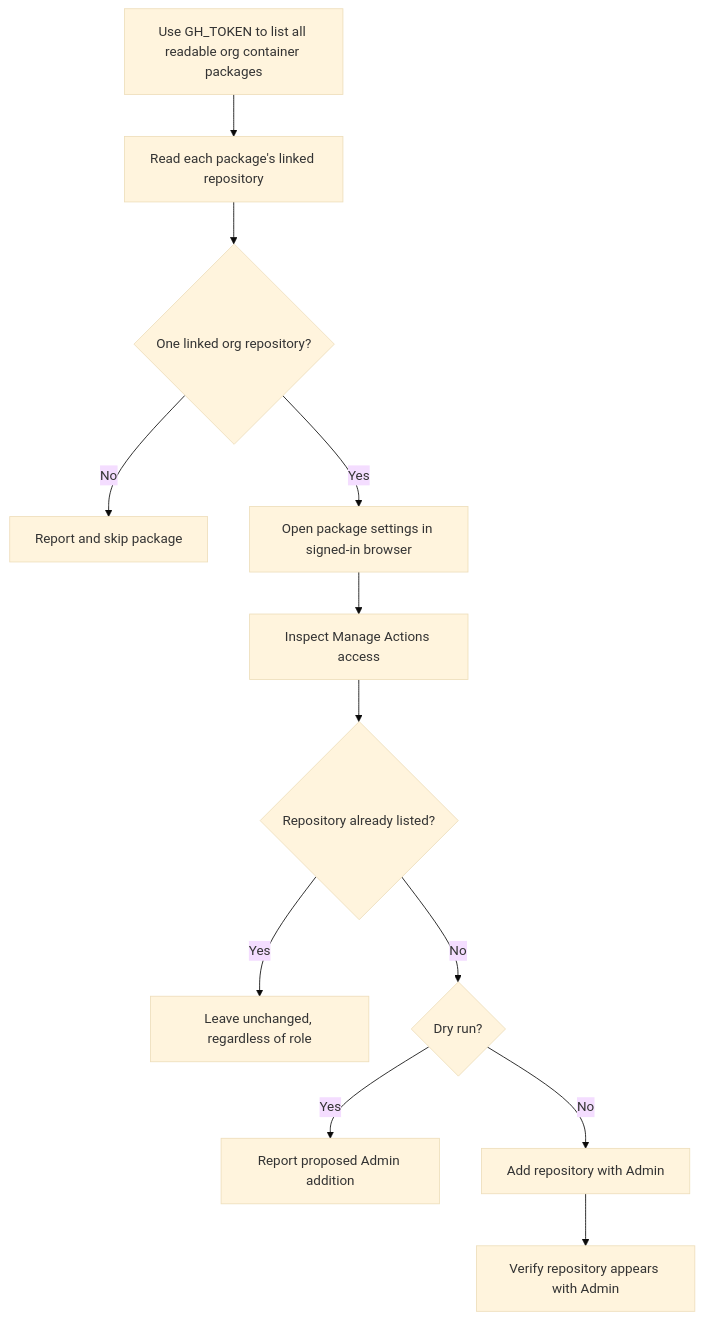
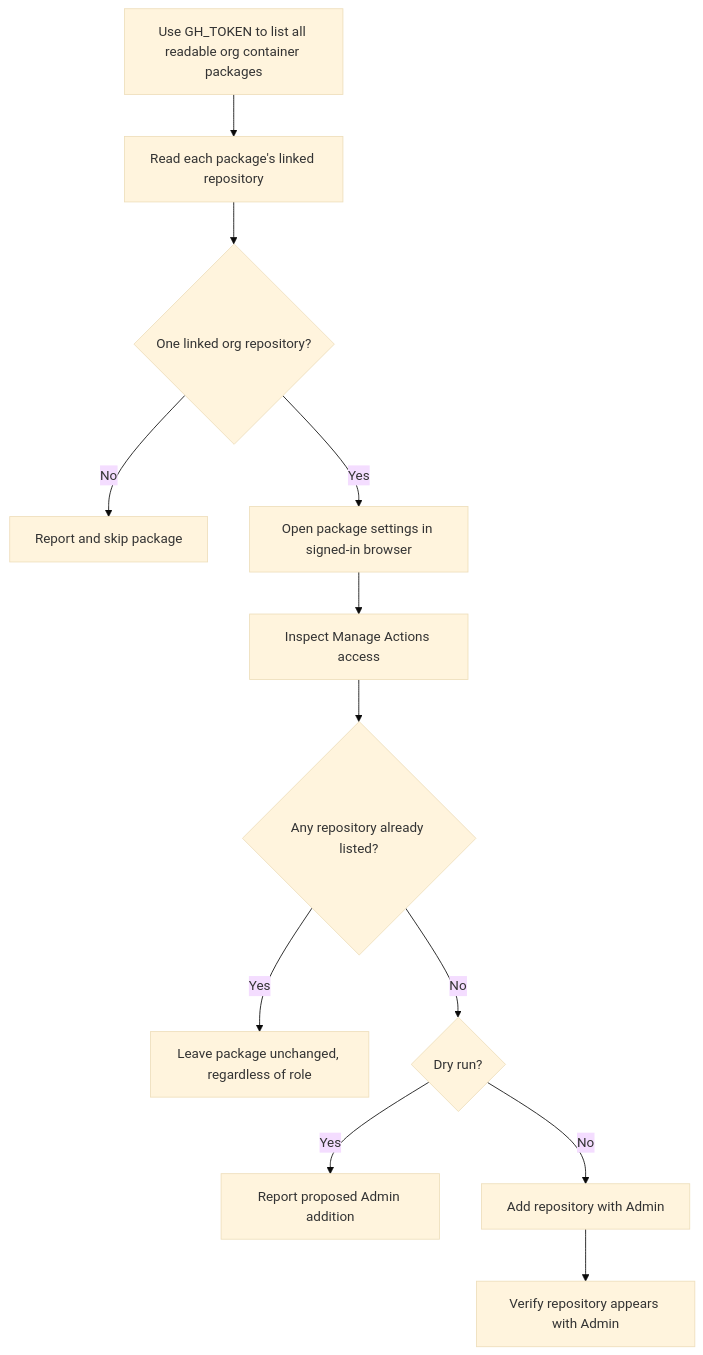
The diagram in github/packages-inheritance/README.md (renan-alm/helper-scripts), drawn with Mermaid (base theme) before and after one commit. The commit also changed other lines of this file and 2 other files, not shown here.

````diff
--- a/github/packages-inheritance/README.md
+++ b/github/packages-inheritance/README.md
@@ -20,14 +20,14 @@
 ```mermaid
 flowchart TD
 	A[Use GH_TOKEN to list all readable org container packages] --> B[Read each package's linked repository]
 	B --> C{One linked org repository?}
 	C -- No --> S[Report and skip package]
 	C -- Yes --> D[Open package settings in signed-in browser]
 	D --> E[Inspect Manage Actions access]
-	E --> F{Repository already listed?}
-	F -- Yes --> G[Leave unchanged, regardless of role]
+	E --> F{Any repository already listed?}
+	F -- Yes --> G[Leave package unchanged, regardless of role]
 	F -- No --> H{Dry run?}
 	H -- Yes --> I[Report proposed Admin addition]
 	H -- No --> J[Add repository with Admin]
 	J --> K[Verify repository appears with Admin]
 ```
````
